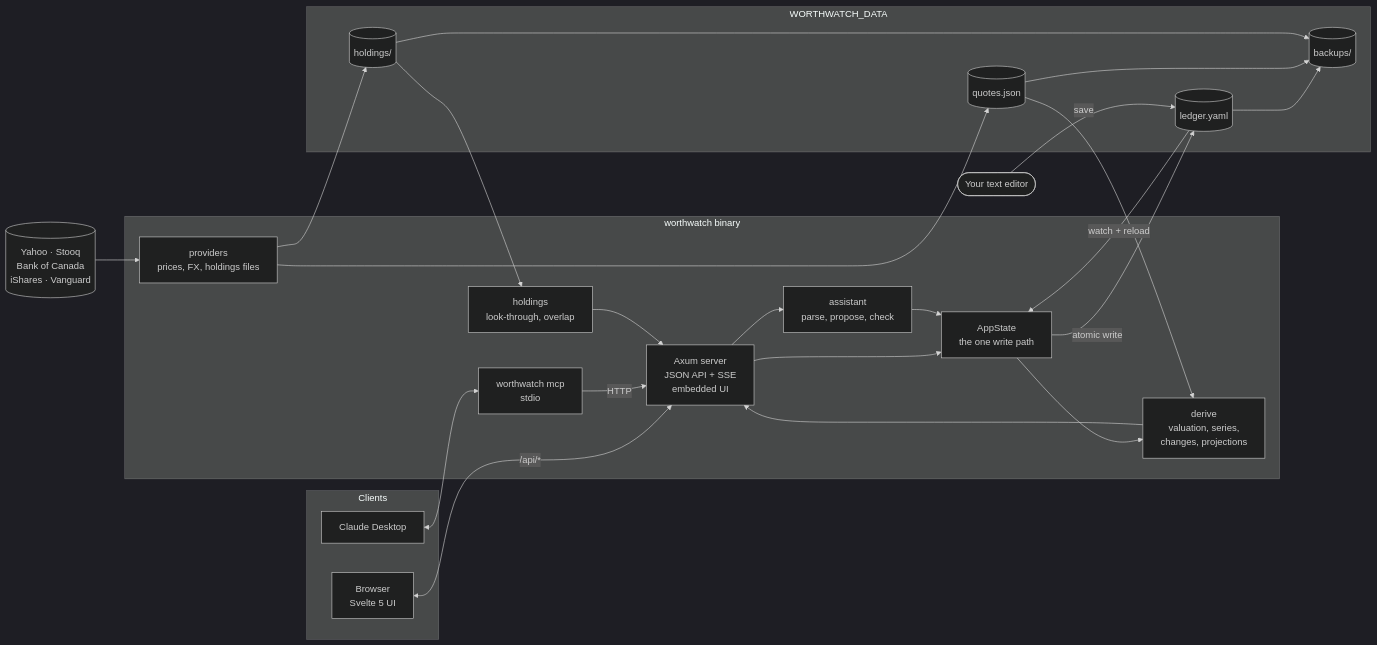
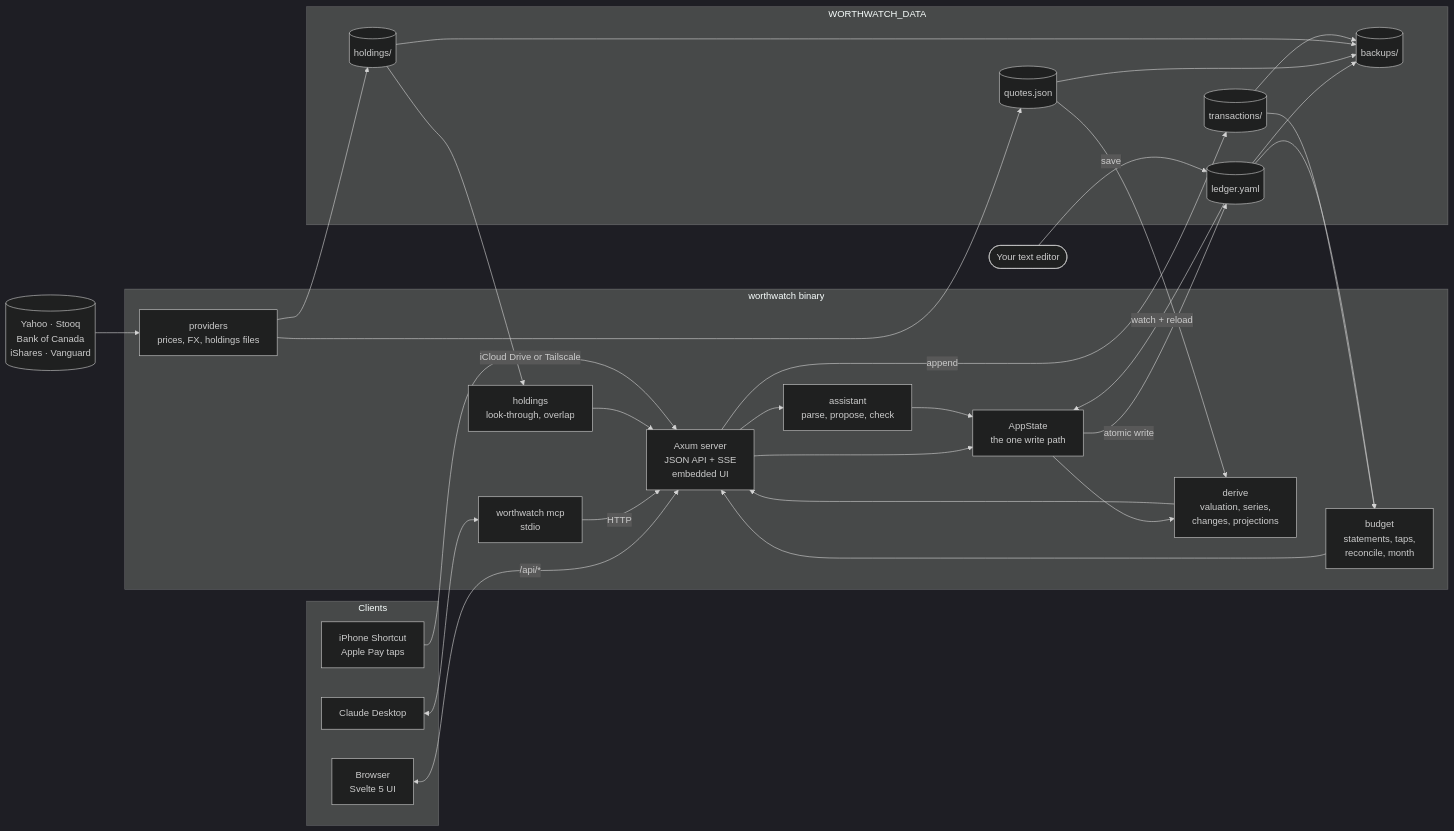
Before and after one commit to Akazai-A/Worthwatch: the diagram in docs/architecture.md, drawn with Mermaid (dark theme). The commit also changed other lines of this file and 13 other files, not shown here.

Commit message:
Budget, Apple Pay feed and Mac docs; README Budget row; budget e2e test

````diff
--- a/docs/architecture.md
+++ b/docs/architecture.md
@@ -7,38 +7,44 @@
 ```mermaid
 flowchart LR
   subgraph clients [Clients]
     B[Browser<br/>Svelte 5 UI]
     CD[Claude Desktop]
+    IP[iPhone Shortcut<br/>Apple Pay taps]
   end
   subgraph bin [worthwatch binary]
     API[Axum server<br/>JSON API + SSE<br/>embedded UI]
     MCP[worthwatch mcp<br/>stdio]
     ST[AppState<br/>the one write path]
     DV[derive<br/>valuation, series,<br/>changes, projections]
     HO[holdings<br/>look-through, overlap]
     AS[assistant<br/>parse, propose, check]
+    BU[budget<br/>statements, taps,<br/>reconcile, month]
     PR[providers<br/>prices, FX, holdings files]
   end
   subgraph data [WORTHWATCH_DATA]
     L[(ledger.yaml)]
     Q[(quotes.json)]
     H[(holdings/)]
+    T[(transactions/)]
     BK[(backups/)]
   end
   NET[(Yahoo · Stooq<br/>Bank of Canada<br/>iShares · Vanguard)]
   ED([Your text editor])
 
   B <-->|/api/*| API
   CD <--> MCP -->|HTTP| API
   API --> ST
   ST -->|atomic write| L
   ED -->|save| L
   L -->|watch + reload| ST
   ST --> DV --> API
   H --> HO --> API
   API --> AS --> ST
   PR --> Q & H
   NET --> PR
   Q --> DV
-  L & Q & H --> BK
+  IP -->|iCloud Drive or Tailscale| API
+  API -->|append| T
+  T & L --> BU --> API
+  L & Q & H & T --> BK
 ```
````
